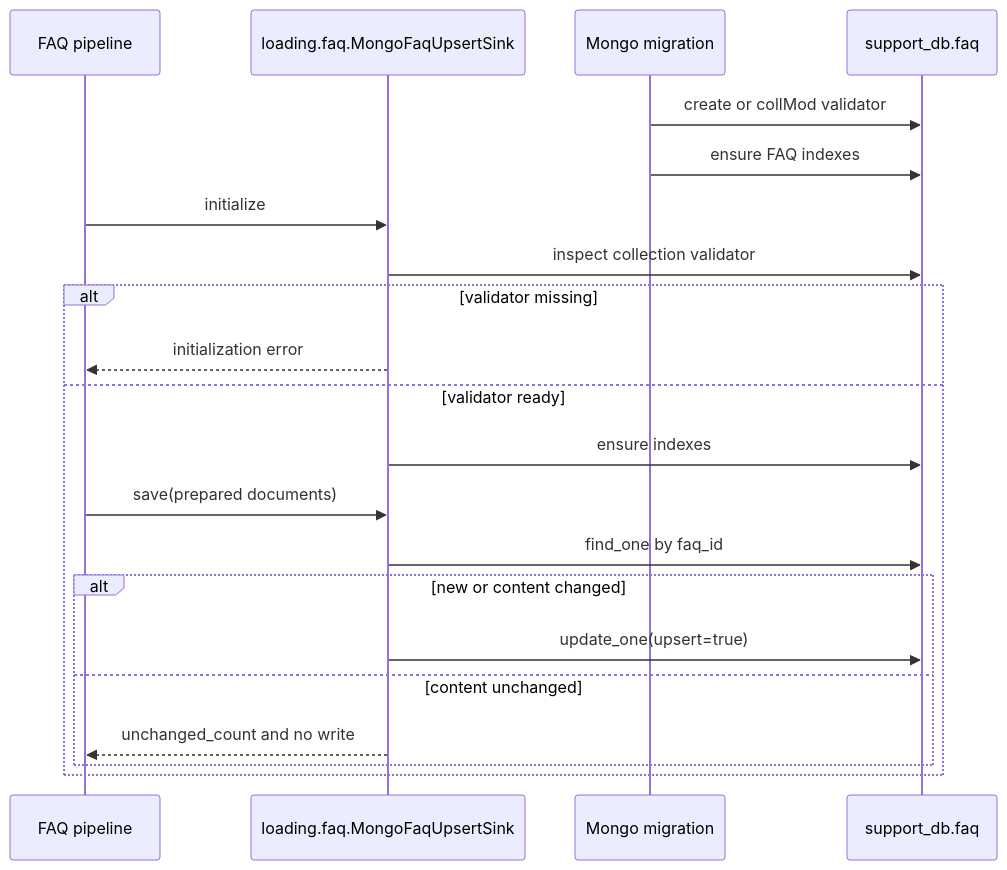
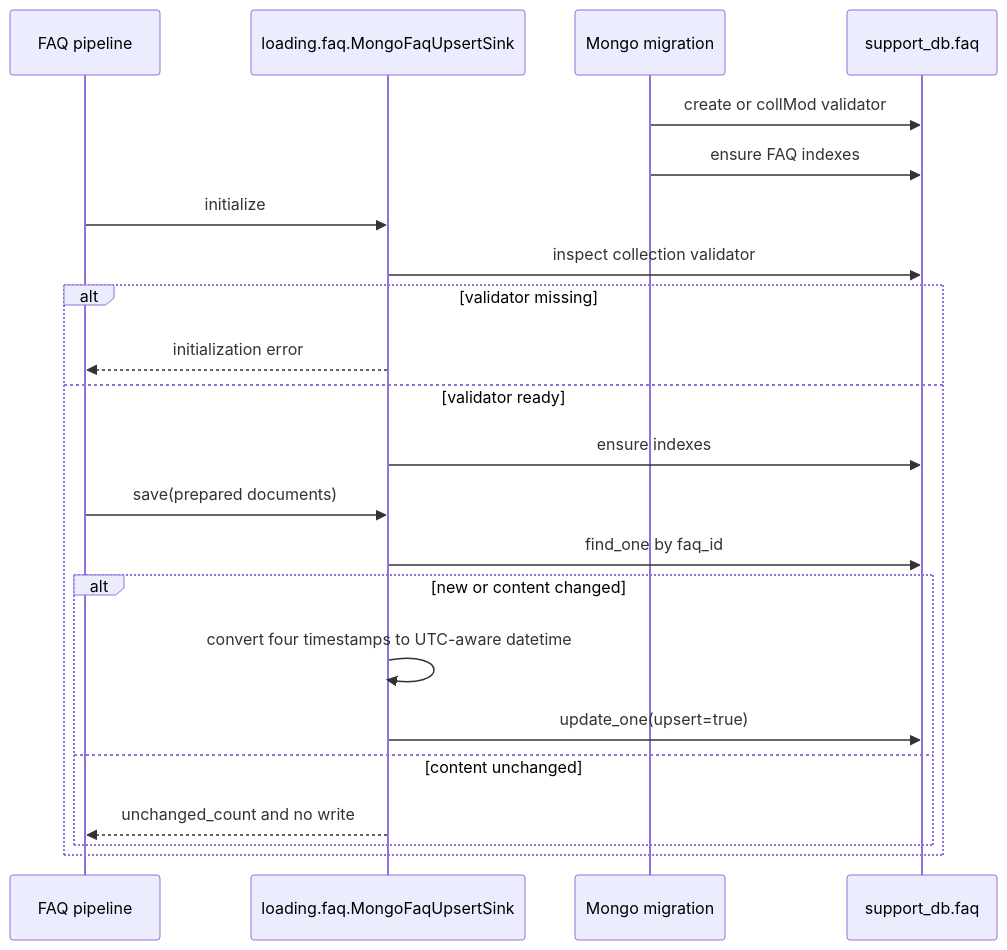
One commit to encore-ai-campus/mlo-01-p1-team3 changed the third of 3 diagrams in src/loading/README.md. Above: the diagram before and after it, drawn with Mermaid. The commit also changed other lines of this file and 9 other files, not shown here.

````diff
--- a/src/loading/README.md
+++ b/src/loading/README.md
@@ -229,24 +230,25 @@
 ```mermaid
 sequenceDiagram
     participant Pipeline as FAQ pipeline
     participant Sink as loading.faq.MongoFaqUpsertSink
     participant Migration as Mongo migration
     participant Mongo as support_db.faq
 
     Migration->>Mongo: create or collMod validator
     Migration->>Mongo: ensure FAQ indexes
     Pipeline->>Sink: initialize
     Sink->>Mongo: inspect collection validator
     alt validator missing
         Sink-->>Pipeline: initialization error
     else validator ready
         Sink->>Mongo: ensure indexes
         Pipeline->>Sink: save(prepared documents)
         Sink->>Mongo: find_one by faq_id
         alt new or content changed
+            Sink->>Sink: convert four timestamps to UTC-aware datetime
             Sink->>Mongo: update_one(upsert=true)
         else content unchanged
             Sink-->>Pipeline: unchanged_count and no write
         end
     end
 ```
````
